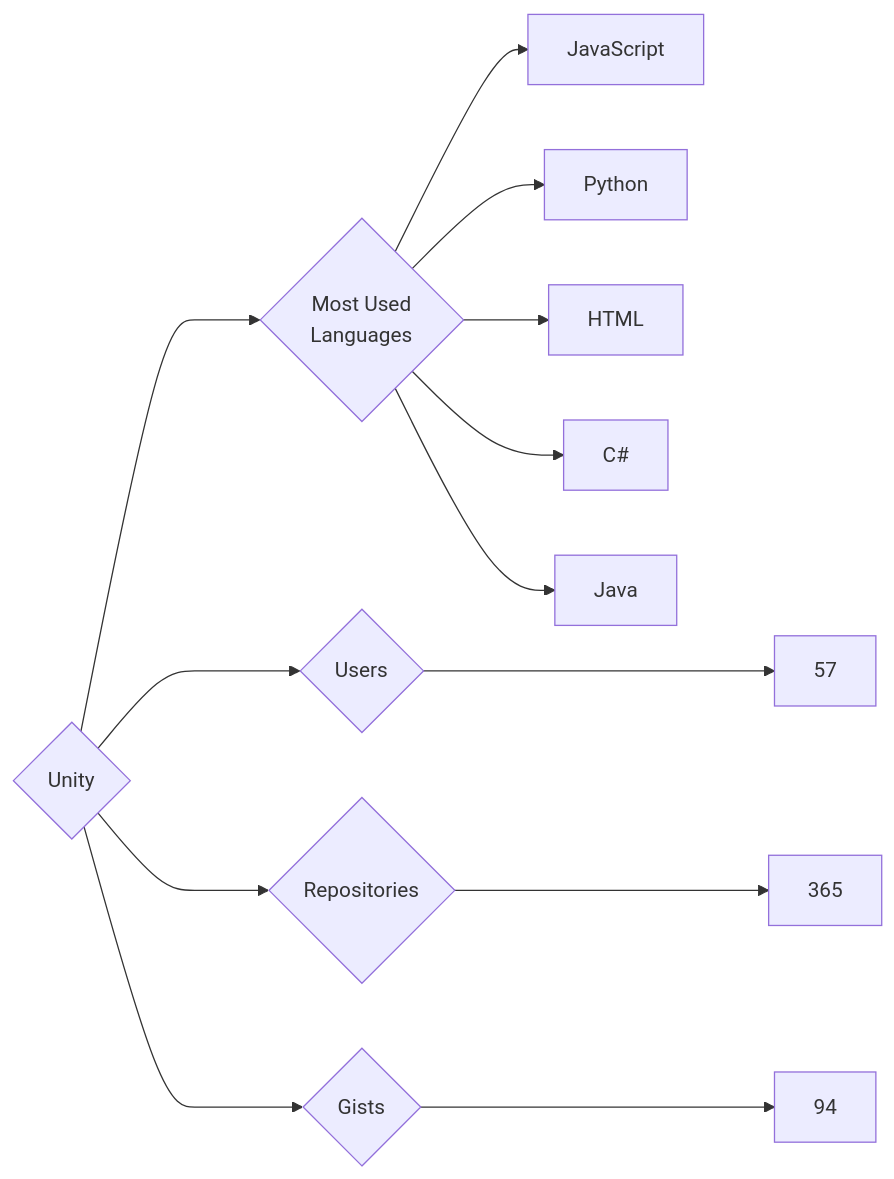
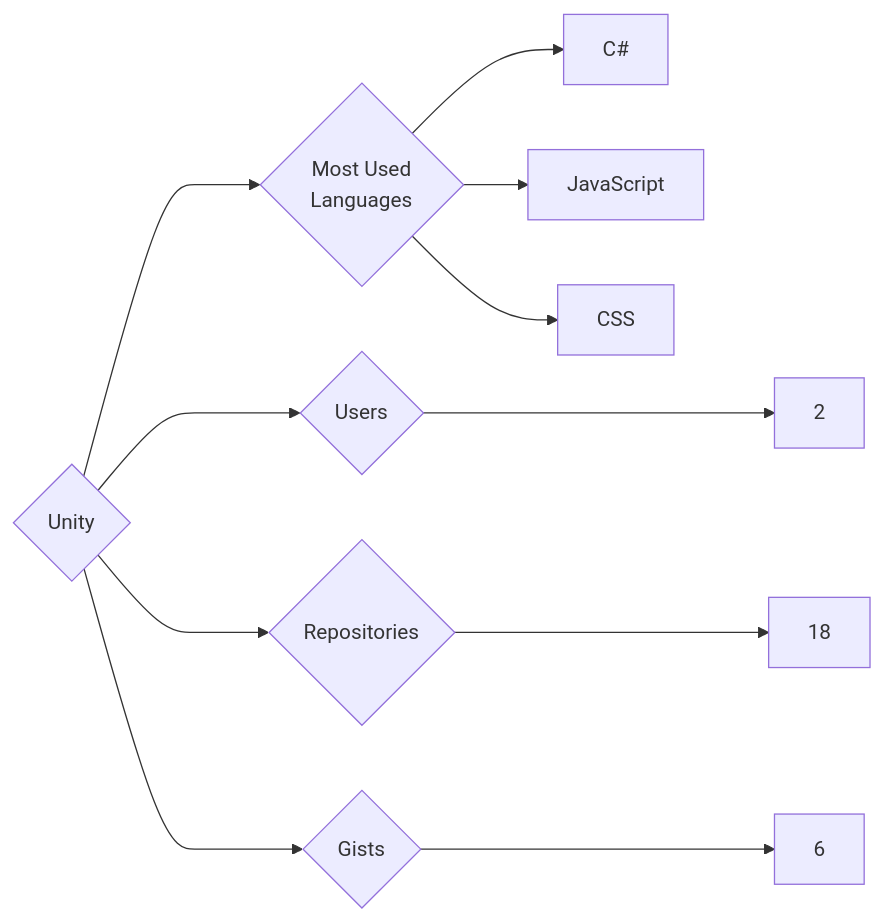
Before and after one commit to trickest/insiders: the diagram in targets/Unity/README.md, drawn with Mermaid. The commit also changed 1011 other files, not shown here.

````diff
--- a/targets/Unity/README.md
+++ b/targets/Unity/README.md
@@ -3,13 +3,11 @@
 ```mermaid
 graph LR
 COMPANY_NAME{Unity}
-COMPANY_NAME ---> U{Users} ---> UN[57]
-COMPANY_NAME ---> R{Repositories} ---> RN[365]
-COMPANY_NAME ---> G{Gists} ---> GN[94]
+COMPANY_NAME ---> U{Users} ---> UN[2]
+COMPANY_NAME ---> R{Repositories} ---> RN[18]
+COMPANY_NAME ---> G{Gists} ---> GN[6]
 COMPANY_NAME ---> ML{Most Used<br>Languages}
+ML --> C#[C#]
 ML --> JavaScript[JavaScript]
-ML --> Python[Python]
-ML --> HTML[HTML]
-ML --> C#[C#]
-ML --> Java[Java]
+ML --> CSS[CSS]
 ```
````
